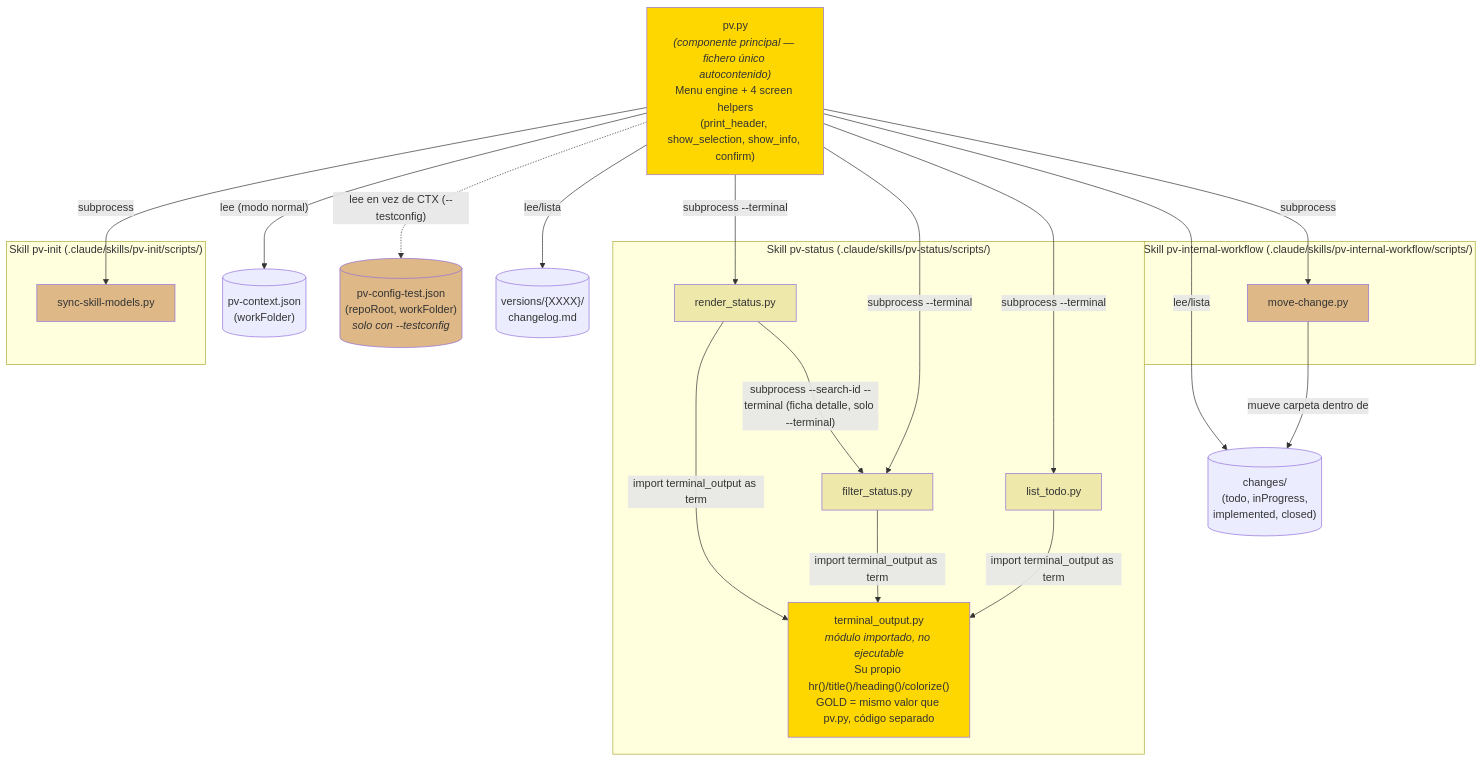
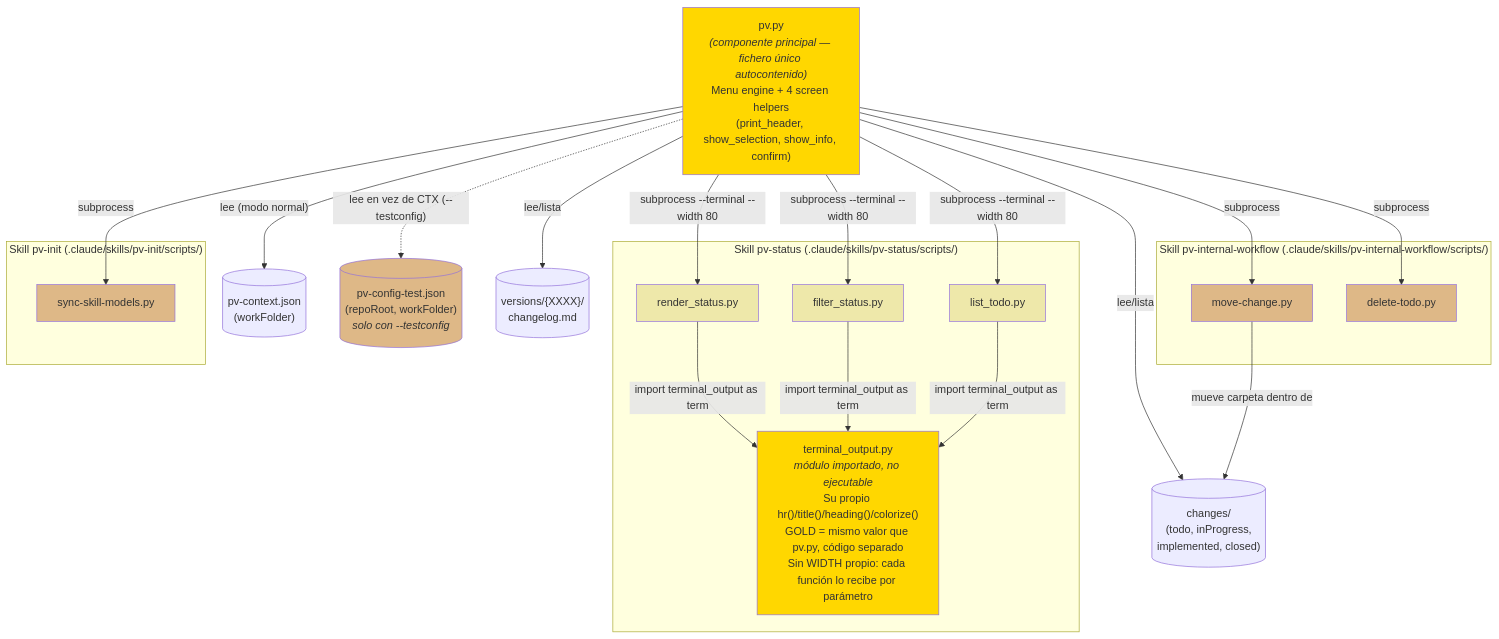
Before and after one commit to yeyopepe/previo: the second of 2 diagrams in .claude/pv-doc/pv-design-onescript/pv-design-onescript.es.md, drawn with Mermaid. The commit also changed other lines of this file and 11 other files, not shown here.

````diff
--- a/.claude/pv-doc/pv-design-onescript/pv-design-onescript.es.md
+++ b/.claude/pv-doc/pv-design-onescript/pv-design-onescript.es.md
@@ -150,50 +187,52 @@
 ```mermaid
 graph TD
     PV["pv.py<br/><i>(componente principal — fichero único autocontenido)</i><br/>Menu engine + 4 screen helpers<br/>(print_header, show_selection, show_info, confirm)"]
 
     subgraph SKILL_STATUS ["Skill pv-status (.claude/skills/pv-status/scripts/)"]
-        TO["terminal_output.py<br/><i>módulo importado, no ejecutable</i><br/>Su propio hr()/title()/heading()/colorize()<br/>GOLD = mismo valor que pv.py, código separado"]
+        TO["terminal_output.py<br/><i>módulo importado, no ejecutable</i><br/>Su propio hr()/title()/heading()/colorize()<br/>GOLD = mismo valor que pv.py, código separado<br/>Sin WIDTH propio: cada función lo recibe por parámetro"]
         RS["render_status.py"]
         FS["filter_status.py"]
         LT["list_todo.py"]
 
         RS -->|import terminal_output as term| TO
         FS -->|import terminal_output as term| TO
         LT -->|import terminal_output as term| TO
-        RS -->|"subprocess --search-id --terminal (ficha detalle, solo --terminal)"| FS
     end
 
     subgraph SKILL_WORKFLOW ["Skill pv-internal-workflow (.claude/skills/pv-internal-workflow/scripts/)"]
         MC["move-change.py"]
+        DT["delete-todo.py"]
     end
 
     subgraph SKILL_INIT ["Skill pv-init (.claude/skills/pv-init/scripts/)"]
         SSM["sync-skill-models.py"]
     end
 
     CTX[("pv-context.json<br/>(workFolder)")]
     TESTCFG[("pv-config-test.json<br/>(repoRoot, workFolder)<br/><i>solo con --testconfig</i>")]
     CHANGES[("changes/<br/>(todo, inProgress,<br/>implemented, closed)")]
     VERSIONS[("versions/{XXXX}/<br/>changelog.md")]
 
-    PV -->|"subprocess --terminal"| RS
-    PV -->|"subprocess --terminal"| FS
-    PV -->|"subprocess --terminal"| LT
+    PV -->|"subprocess --terminal --width 80"| RS
+    PV -->|"subprocess --terminal --width 80"| FS
+    PV -->|"subprocess --terminal --width 80"| LT
     PV -->|"subprocess"| MC
+    PV -->|"subprocess"| DT
     PV -->|"subprocess"| SSM
 
     PV -->|"lee (modo normal)"| CTX
     PV -.->|"lee en vez de CTX (--testconfig)"| TESTCFG
     PV -->|lee/lista| CHANGES
     PV -->|lee/lista| VERSIONS
     MC -->|mueve carpeta dentro de| CHANGES
 
     style PV fill:#FFD700
     style TO fill:#FFD700
     style RS fill:#EEE8AA
     style FS fill:#EEE8AA
     style LT fill:#EEE8AA
     style MC fill:#DEB887
+    style DT fill:#DEB887
     style SSM fill:#DEB887
     style TESTCFG fill:#DEB887
 ```
````
